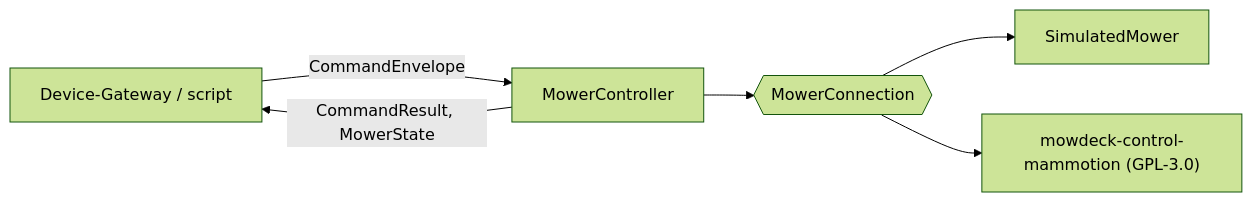
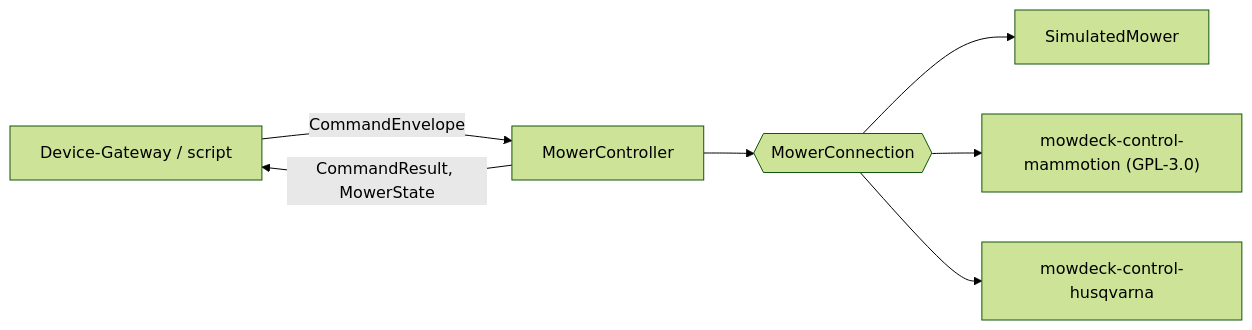
Before and after one commit to lukislp/mowdeck: the diagram in docs/dev/libraries.md, drawn with Mermaid (forest theme). The commit also changed other lines of this file and 36 other files, not shown here.

````diff
--- a/docs/dev/libraries.md
+++ b/docs/dev/libraries.md
@@ -132,8 +133,9 @@
 ```mermaid
 flowchart LR
     gw["Device-Gateway / script"] -->|CommandEnvelope| ctl["MowerController"]
     ctl -->|CommandResult, MowerState| gw
     ctl --> conn{{"MowerConnection"}}
     conn --> sim["SimulatedMower"]
     conn --> mam["mowdeck-control-mammotion (GPL-3.0)"]
+    conn --> hus["mowdeck-control-husqvarna"]
 ```
````
